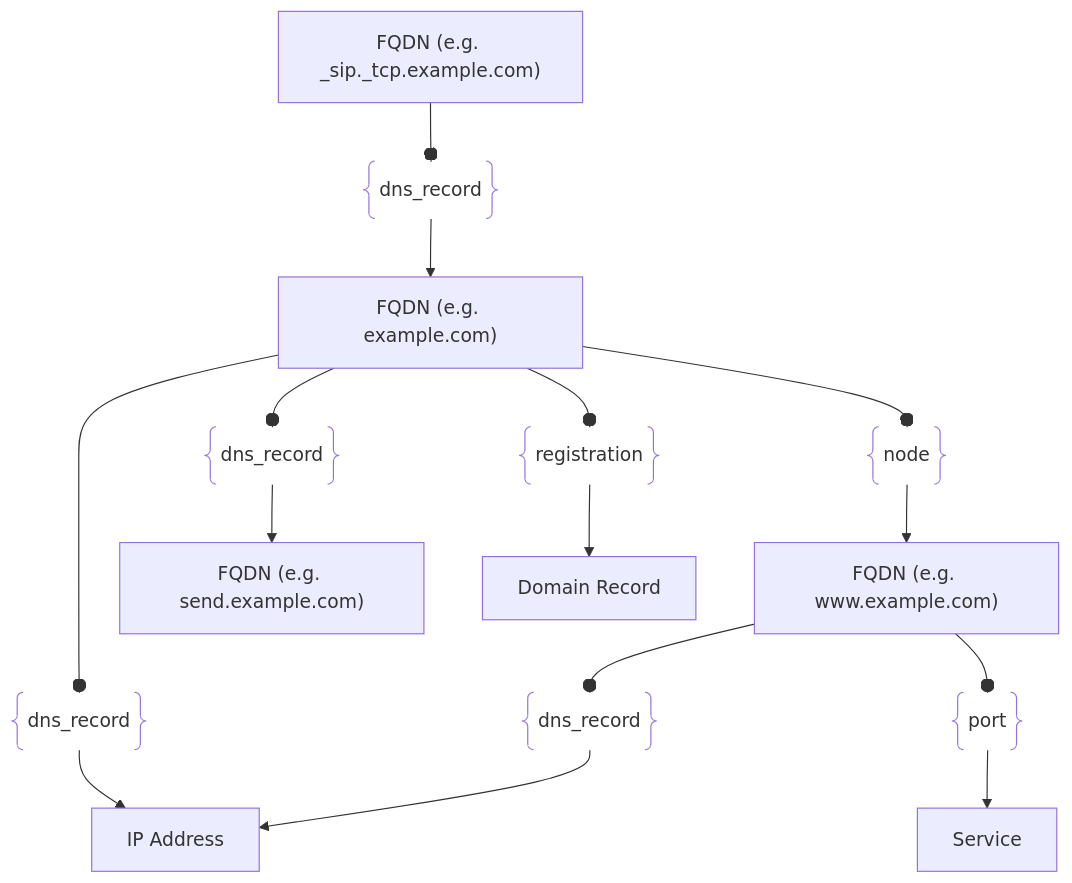
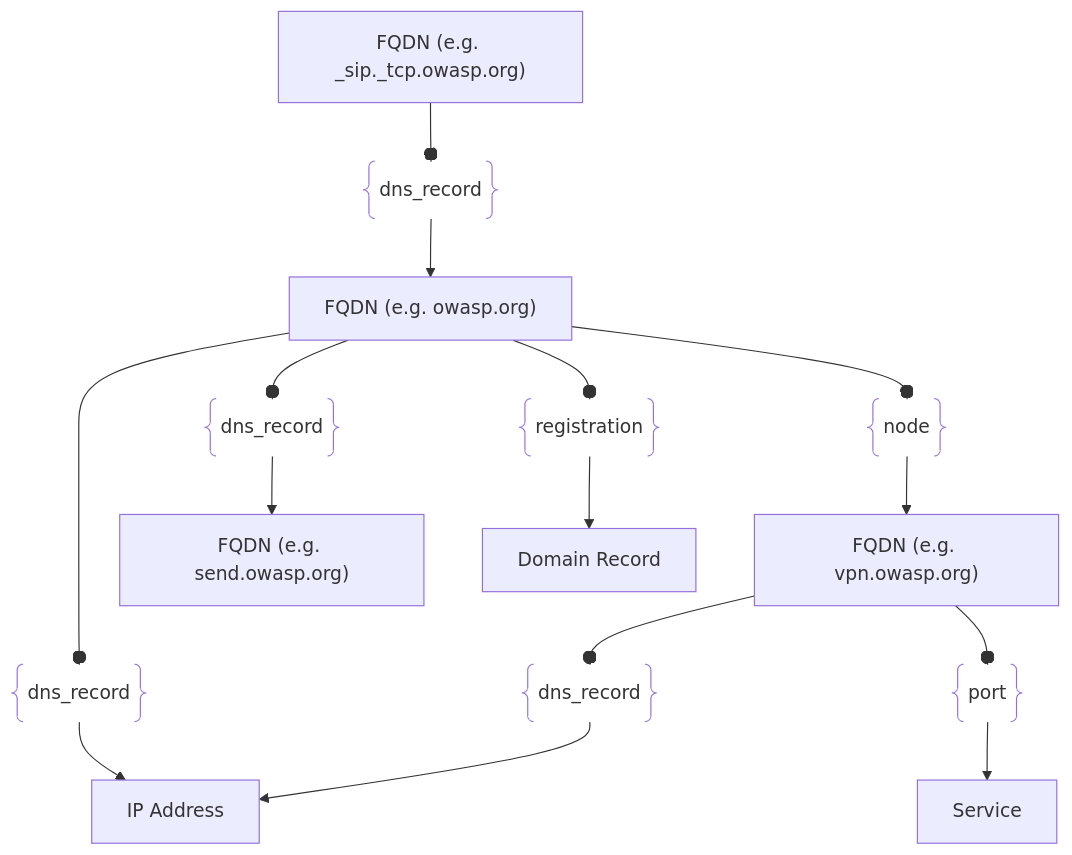
One commit to owasp-amass/docs changed the diagram in docs/open_asset_model/assets/fqdn.md. Above: the diagram before and after it, drawn with Mermaid. The commit also changed other lines of this file, not shown here.

````diff
--- a/docs/open_asset_model/assets/fqdn.md
+++ b/docs/open_asset_model/assets/fqdn.md
@@ -17,36 +15,36 @@
 ``` mermaid
 graph TD
-fqdn1["FQDN (e.g. example.com)"]
-fqdn2["FQDN (e.g. www.example.com)"]
+fqdn1["FQDN (e.g. owasp.org)"]
+fqdn2["FQDN (e.g. vpn.owasp.org)"]
 nodeRel@{ shape: braces, label: "node"}
 fqdn1 --o nodeRel
 nodeRel --> fqdn2
 
 ipaddr["IP Address"]
 basicdns1@{ shape: braces, label: "dns_record"}
 basicdns2@{ shape: braces, label: "dns_record"}
 fqdn1 --o basicdns1
 basicdns1 --> ipaddr
 fqdn2 --o basicdns2
 basicdns2 --> ipaddr
 
-fqdn3["FQDN (e.g. send.example.com)"]
+fqdn3["FQDN (e.g. send.owasp.org)"]
 prefdns@{ shape: braces, label: "dns_record"}
 fqdn1 --o prefdns
 prefdns --> fqdn3
 
-fqdn4["FQDN (e.g. _sip._tcp.example.com)"]
+fqdn4["FQDN (e.g. _sip._tcp.owasp.org)"]
 srvdns@{ shape: braces, label: "dns_record"}
 fqdn4 --o srvdns
 srvdns --> fqdn1
 
 service["Service"]
 port@{ shape: braces, label: "port"}
 fqdn2 --o port
 port --> service
 
 domrec["Domain Record"]
 regrel@{ shape: braces, label: "registration"}
 fqdn1 --o regrel
 regrel --> domrec
 ```
````
